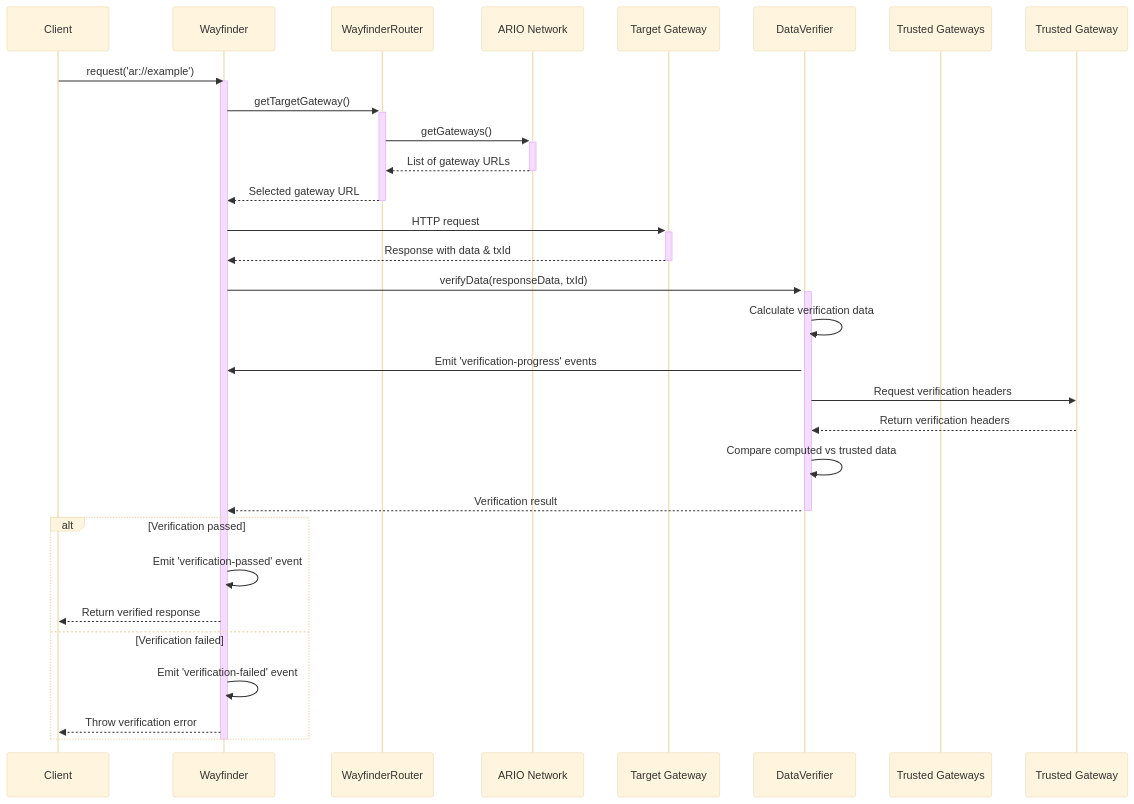
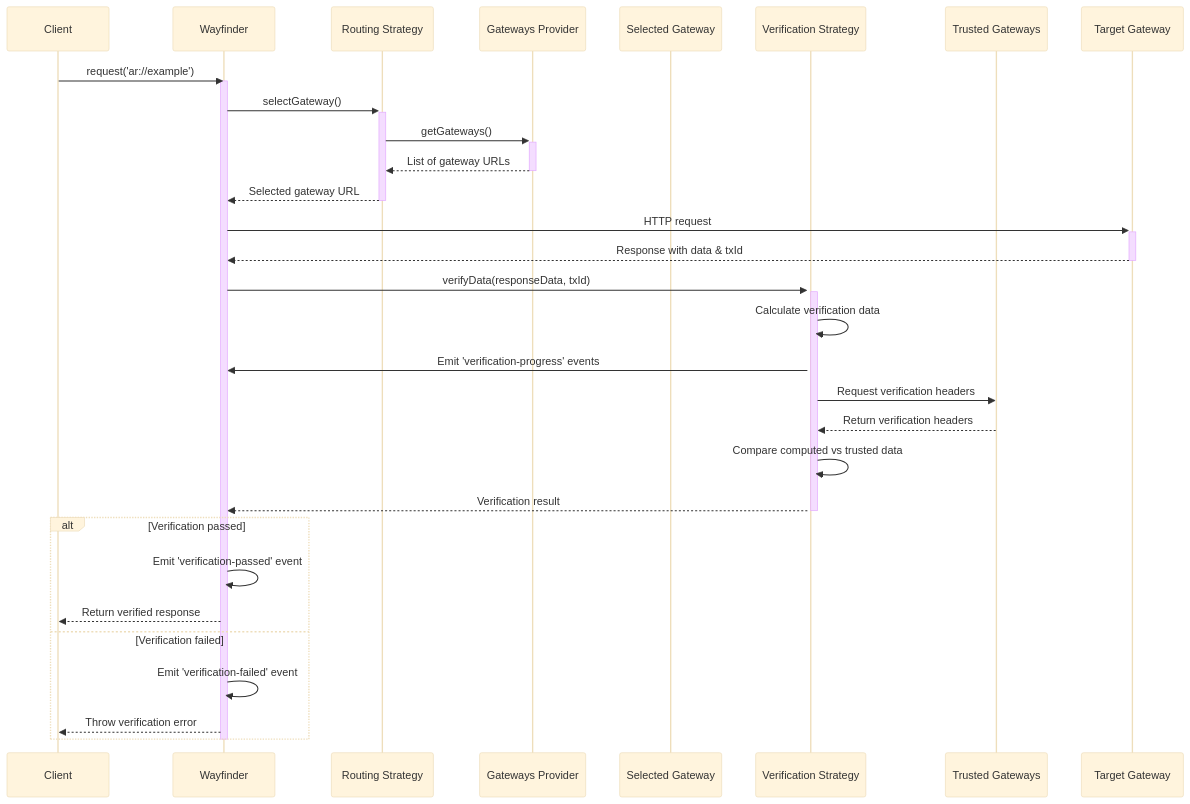
One commit to ar-io/ar-io-sdk changed the diagram in WAYFINDER.md. Above: the diagram before and after it, drawn with Mermaid (base theme). The commit also changed other lines of this file and 3 other files, not shown here.

````diff
--- a/WAYFINDER.md
+++ b/WAYFINDER.md
@@ -220,40 +244,40 @@
 ```mermaid
 sequenceDiagram
     participant Client
     participant Wayfinder
-    participant WayfinderRouter
-    participant ARIO Network
-    participant Target Gateway
-    participant DataVerifier
+    participant Routing Strategy
+    participant Gateways Provider
+    participant Selected Gateway
+    participant Verification Strategy
     participant Trusted Gateways
 
     Client->>Wayfinder: request('ar://example')
     activate Wayfinder
 
-    Wayfinder->>+WayfinderRouter: getTargetGateway()
-    WayfinderRouter->>+ARIO Network: getGateways()
-    ARIO Network-->>-WayfinderRouter: List of gateway URLs
-    WayfinderRouter-->>-Wayfinder: Selected gateway URL
+    Wayfinder->>+Routing Strategy: selectGateway()
+    Routing Strategy->>+Gateways Provider: getGateways()
+    Gateways Provider-->>-Routing Strategy: List of gateway URLs
+    Routing Strategy-->>-Wayfinder: Selected gateway URL
 
     Wayfinder->>+Target Gateway: HTTP request
     Target Gateway-->>-Wayfinder: Response with data & txId
 
-    activate DataVerifier
-    Wayfinder->>+DataVerifier: verifyData(responseData, txId)
-    DataVerifier->>DataVerifier: Calculate verification data
-    DataVerifier->>Wayfinder: Emit 'verification-progress' events
-    DataVerifier->>Trusted Gateway: Request verification headers
-    Trusted Gateway-->>DataVerifier: Return verification headers
-    DataVerifier->>DataVerifier: Compare computed vs trusted data
-    DataVerifier-->>-Wayfinder: Verification result
+    activate Verification Strategy
+    Wayfinder->>+Verification Strategy: verifyData(responseData, txId)
+    Verification Strategy->>Verification Strategy: Calculate verification data
+    Verification Strategy->>Wayfinder: Emit 'verification-progress' events
+    Verification Strategy->>Trusted Gateways: Request verification headers
+    Trusted Gateways-->>Verification Strategy: Return verification headers
+    Verification Strategy->>Verification Strategy: Compare computed vs trusted data
+    Verification Strategy-->>-Wayfinder: Verification result
 
     alt Verification passed
         Wayfinder->>Wayfinder: Emit 'verification-passed' event
         Wayfinder-->>Client: Return verified response
     else Verification failed
         Wayfinder->>Wayfinder: Emit 'verification-failed' event
         Wayfinder-->>Client: Throw verification error
     end
 
     deactivate Wayfinder
 ```
````
